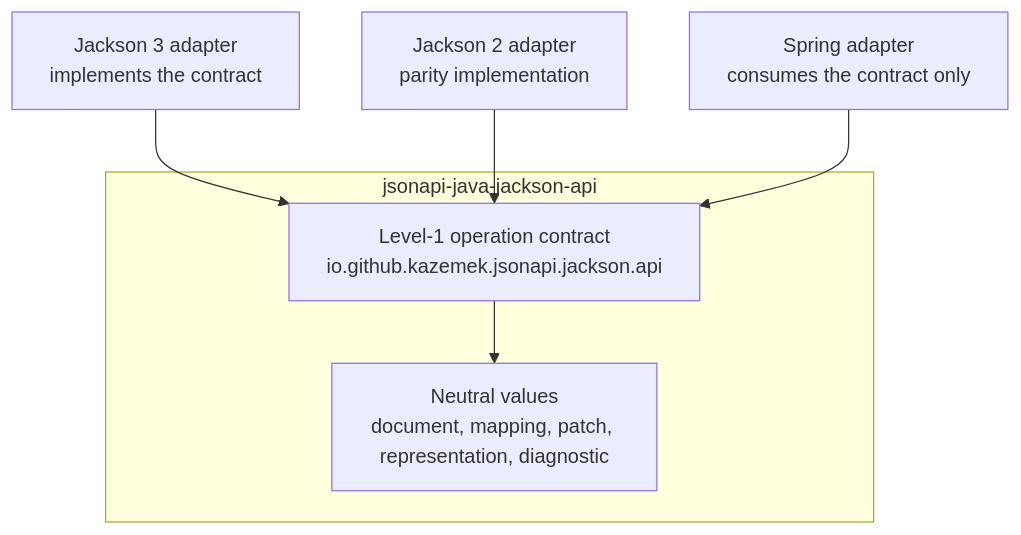
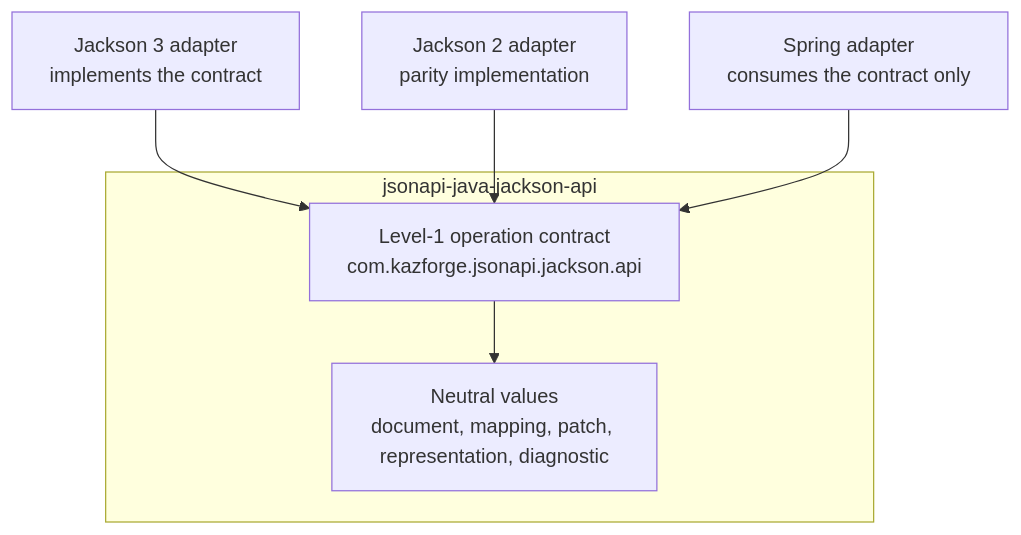
Before and after one commit to kazforge/jsonapi-java: the diagram in docs/adr/019-level-one-application-api-contract.md, drawn with Mermaid. The commit also changed other lines of this file and 998 other files, not shown here.

First line of the commit message:
refactor!: migrate Maven group and Java packages to com.kazforge

````diff
--- a/docs/adr/019-level-one-application-api-contract.md
+++ b/docs/adr/019-level-one-application-api-contract.md
@@ -63,15 +63,15 @@
 ```mermaid
 flowchart TB
   subgraph neutral["jsonapi-java-jackson-api"]
-    API["Level-1 operation contract<br/>io.github.kazemek.jsonapi.jackson.api"]
+    API["Level-1 operation contract<br/>com.kazforge.jsonapi.jackson.api"]
     VALS["Neutral values<br/>document, mapping, patch, representation, diagnostic"]
   end
   J3["Jackson 3 adapter<br/>implements the contract"]
   J2["Jackson 2 adapter<br/>parity implementation"]
   SPRING["Spring adapter<br/>consumes the contract only"]
 
   J3 --> API
   J2 --> API
   SPRING --> API
   API --> VALS
 ```
````
